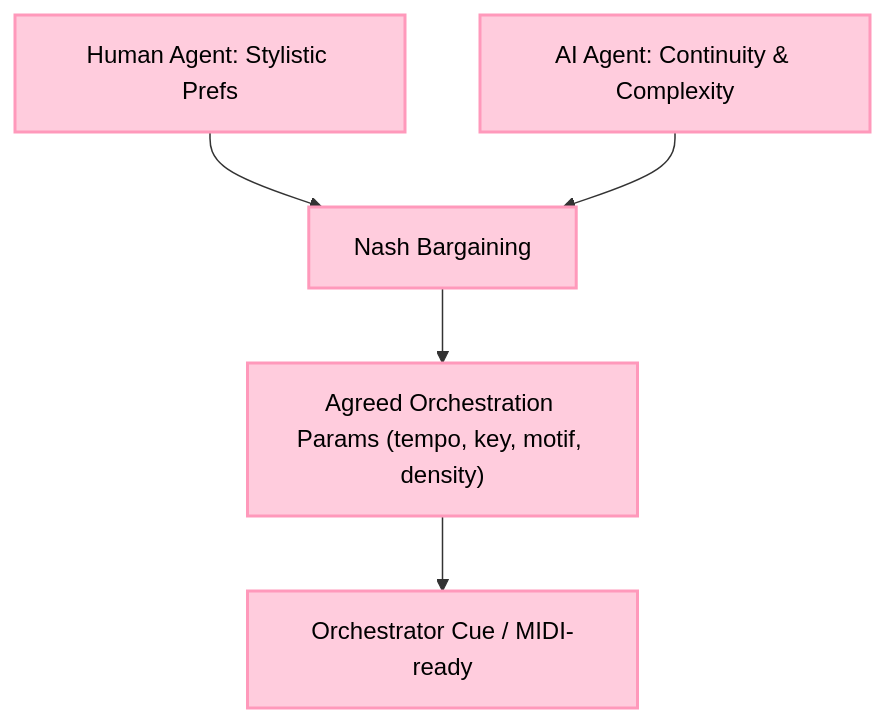
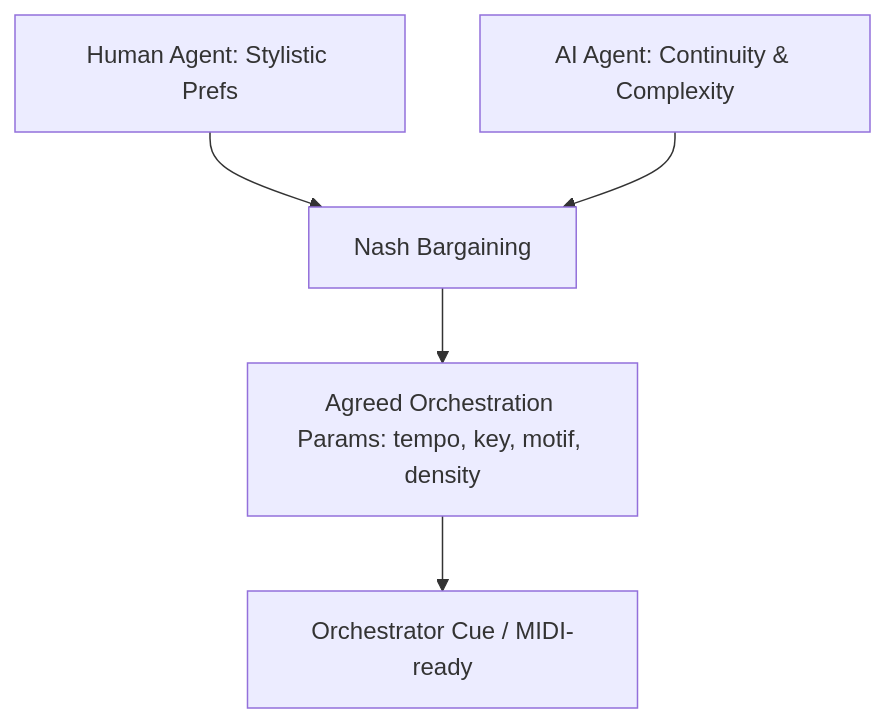
Before and after one commit to pshivch/disney-ai-dynamic-collab: the first of 2 diagrams in README.md, drawn with Mermaid. The commit also changed other lines of this file, not shown here.

````diff
--- a/README.md
+++ b/README.md
@@ -18,10 +17,7 @@
 ```mermaid
 flowchart TB
-    H["Human Agent: Stylistic Prefs"] --> N["Nash Bargaining"]
-    A["AI Agent: Continuity & Complexity"] --> N
-    N --> M["Agreed Orchestration Params (tempo, key, motif, density)"]
-    M --> P["Orchestrator Cue / MIDI-ready"]
-
-    classDef pink fill:#ffccdd,stroke:#ff99bb,stroke-width:2px,color:#000;
-    class H,A,N,M,P pink;
+  H[Human Agent: Stylistic Prefs] --> N[Nash Bargaining]
+  A[AI Agent: Continuity & Complexity] --> N
+  N --> M[Agreed Orchestration Params: tempo, key, motif, density]
+  M --> P[Orchestrator Cue / MIDI-ready]
 ```
````
